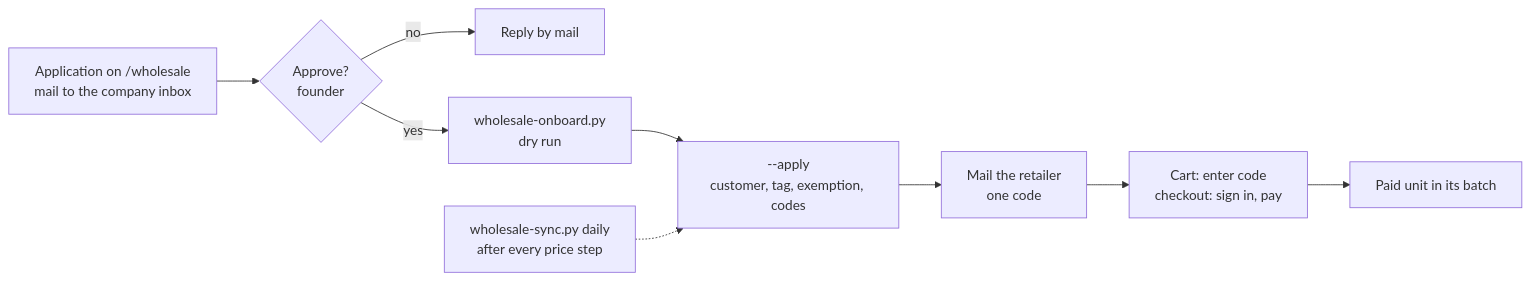
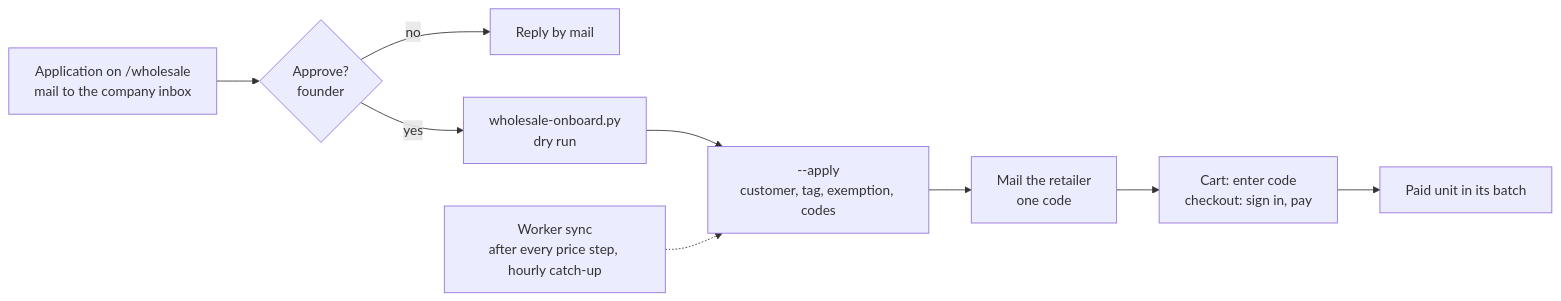
One commit to OpenDrone-hw/OpenDrone-Web changed the diagram in docs/wholesale.md. Above: the diagram before and after it, drawn with Mermaid. The commit also changed other lines of this file and 3 other files, not shown here.

````diff
--- a/docs/wholesale.md
+++ b/docs/wholesale.md
@@ -5,11 +5,11 @@
 ```mermaid
 flowchart LR
   A["Application on /wholesale<br/>mail to the company inbox"] --> B{"Approve?<br/>founder"}
   B -->|no| X["Reply by mail"]
   B -->|yes| C["wholesale-onboard.py<br/>dry run"]
   C --> D["--apply<br/>customer, tag, exemption, codes"]
   D --> E["Mail the retailer<br/>one code"]
   E --> F["Cart: enter code<br/>checkout: sign in, pay"]
   F --> G["Paid unit in its batch"]
-  S["wholesale-sync.py daily<br/>after every price step"] -.-> D
+  S["Worker sync<br/>after every price step, hourly catch-up"] -.-> D
 ```
````
